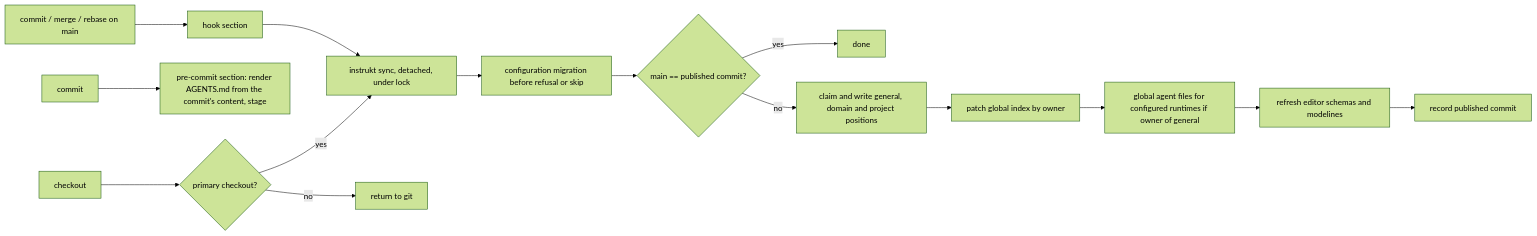
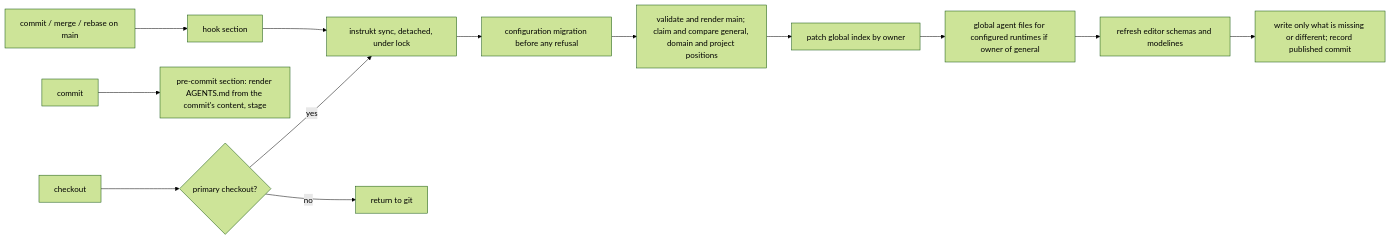
One commit to InstruktAI/instrukt changed the second of 4 diagrams in docs/project/design/architecture/overview.md. Above: the diagram before and after it, drawn with Mermaid (forest theme). The commit also changed 9 other files, not shown here.

````diff
--- a/docs/project/design/architecture/overview.md
+++ b/docs/project/design/architecture/overview.md
@@ -230,17 +230,15 @@
 ```mermaid
 flowchart LR
   A[commit / merge / rebase on main] --> B[hook section]
   B --> C[instrukt sync, detached, under lock]
   R[commit] --> S[pre-commit section: render AGENTS.md from the commit's content, stage]
   K[checkout] --> Q{primary checkout?}
   Q -- yes --> C
   Q -- no --> P[return to git]
-  C --> M[configuration migration before refusal or skip]
-  M --> D{main == published commit?}
-  D -- yes --> E[done]
-  D -- no --> F[claim and write general, domain and project positions]
+  C --> M[configuration migration before any refusal]
+  M --> F[validate and render main; claim and compare general, domain and project positions]
   F --> G[patch global index by owner]
   G --> H[global agent files for configured runtimes if owner of general]
   H --> J[refresh editor schemas and modelines]
-  J --> I[record published commit]
+  J --> I[write only what is missing or different; record published commit]
 ```
````
